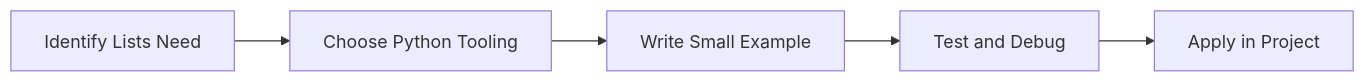
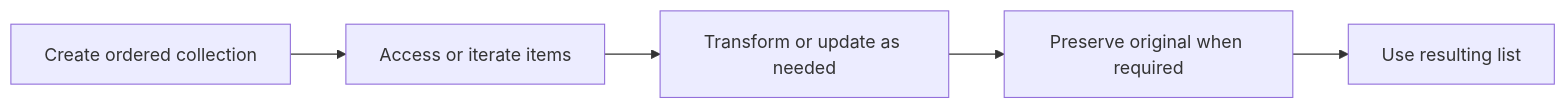
One commit to SYMOIZ/E-Learning-Portal changed the diagram in Python-Mastery/Beginner/16-lists.md. Above: the diagram before and after it, drawn with Mermaid. The commit also changed other lines of this file and 116 other files, not shown here.

````diff
--- a/Python-Mastery/Beginner/16-lists.md
+++ b/Python-Mastery/Beginner/16-lists.md
@@ -124,7 +125,12 @@
 ```mermaid
 flowchart LR
-    A[Identify Lists Need] --> B[Choose Python Tooling]
-    B --> C[Write Small Example]
-    C --> D[Test and Debug]
-    D --> E[Apply in Project]
+    A[Create ordered collection]
+    B[Access or iterate items]
+    C[Transform or update as needed]
+    D[Preserve original when required]
+    E[Use resulting list]
+    A --> B
+    B --> C
+    C --> D
+    D --> E
 ```
````
